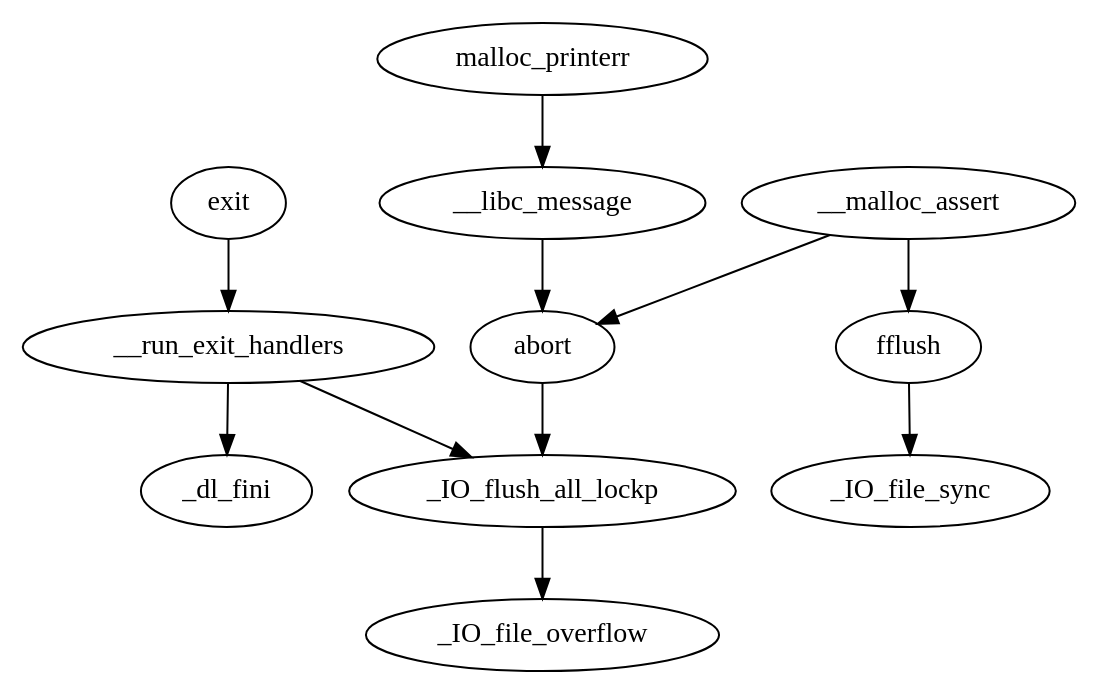
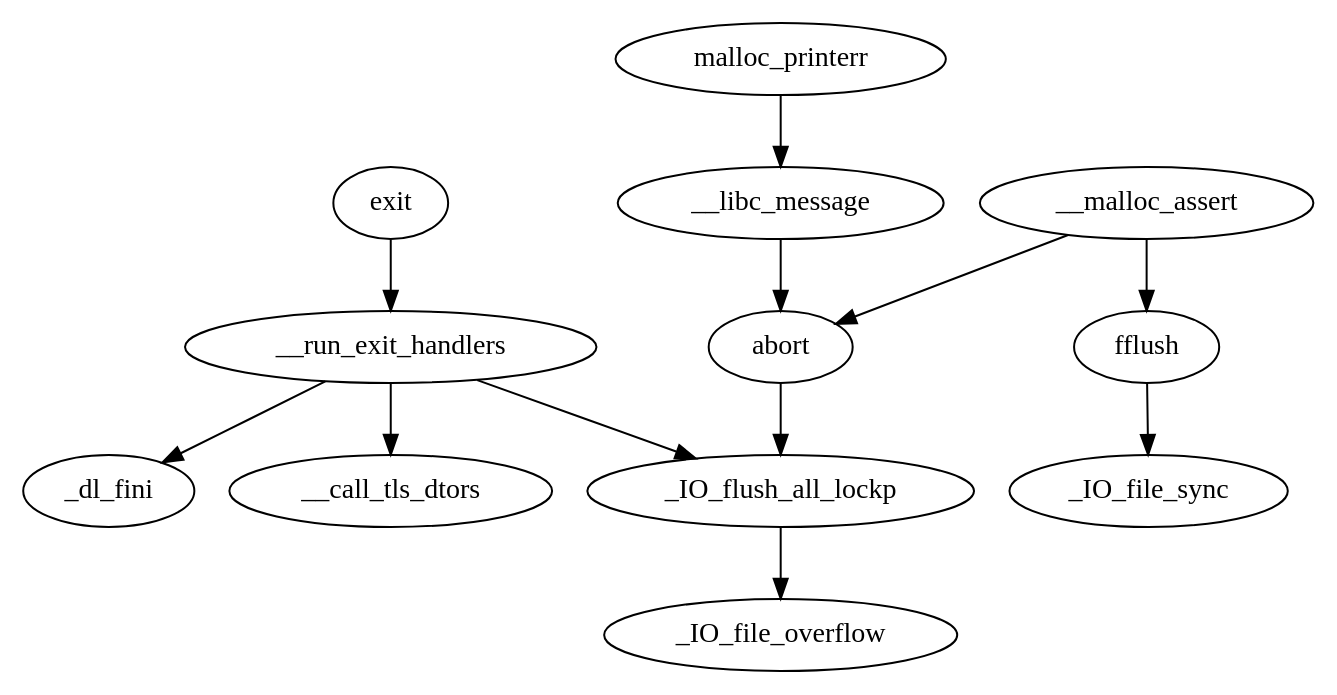
Before and after one commit to RioKato/pwn-cheatsheet: the diagram in terminate.gv, drawn with Graphviz. The commit also changed 2 other files, not shown here.

```diff
--- a/terminate.gv
+++ b/terminate.gv
@@ -1,8 +1,9 @@
 digraph {
   malloc_printerr -> __libc_message -> abort -> _IO_flush_all_lockp;
   exit -> __run_exit_handlers -> _IO_flush_all_lockp;
+  __run_exit_handlers -> __call_tls_dtors;
   __run_exit_handlers -> _dl_fini;
   _IO_flush_all_lockp -> _IO_file_overflow;
   __malloc_assert -> fflush -> _IO_file_sync;
   __malloc_assert -> abort;
 }
```
